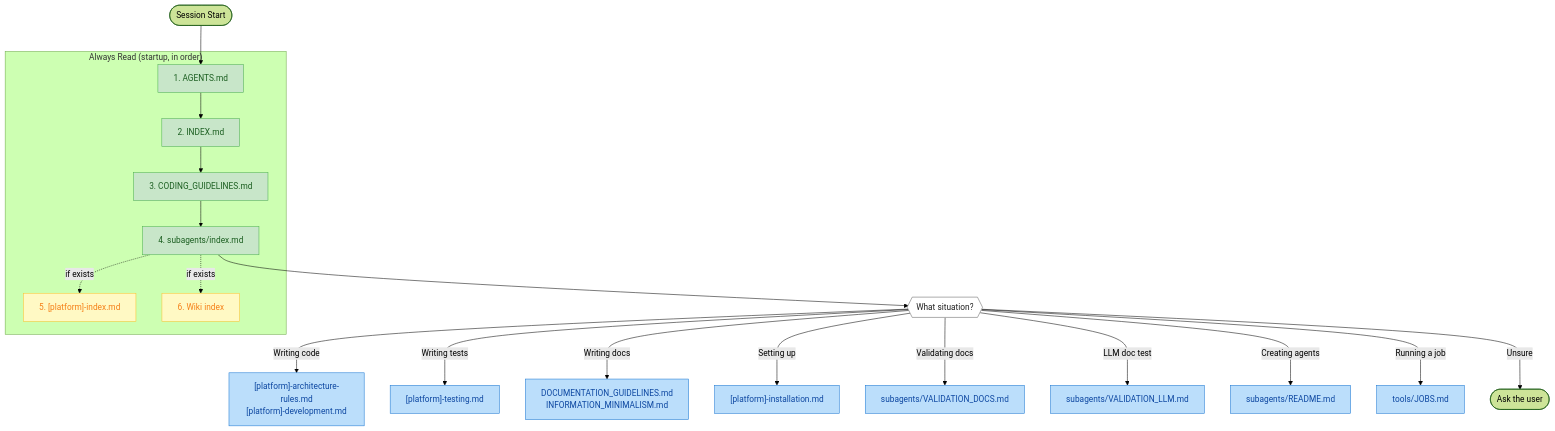
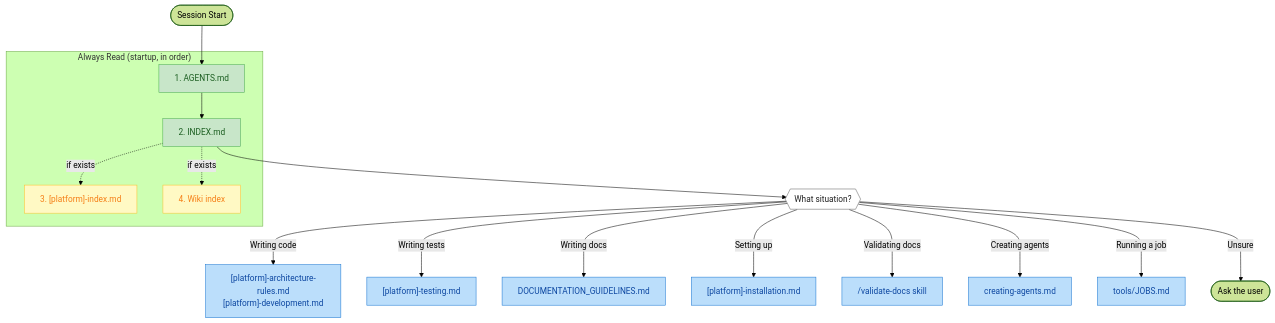
One commit to noskule/aiDocs changed the diagram in docs/README.md. Above: the diagram before and after it, drawn with Mermaid (forest theme). The commit also changed other lines of this file and 29 other files, not shown here.

````diff
--- a/docs/README.md
+++ b/docs/README.md
@@ -26,34 +23,31 @@
 ```mermaid
 flowchart TD
     START([Session Start]) --> M1
 
     subgraph startup ["Always Read (startup, in order)"]
         M1["1. AGENTS.md"] --> M2["2. INDEX.md"]
-        M2 --> M3["3. CODING_GUIDELINES.md"]
-        M3 --> M4["4. subagents/index.md"]
-        M4 -.->|if exists| M5["5. [platform]-index.md"]
-        M4 -.->|if exists| M6["6. Wiki index"]
+        M2 -.->|if exists| M3["3. [platform]-index.md"]
+        M2 -.->|if exists| M4["4. Wiki index"]
     end
 
-    M4 --> SIT{{"What situation?"}}
+    M2 --> SIT{{"What situation?"}}
 
     SIT -->|"Writing code"| CODE["[platform]-architecture-rules.md<br>[platform]-development.md"]
     SIT -->|"Writing tests"| TEST["[platform]-testing.md"]
-    SIT -->|"Writing docs"| DOCS["DOCUMENTATION_GUIDELINES.md<br>INFORMATION_MINIMALISM.md"]
+    SIT -->|"Writing docs"| DOCS["DOCUMENTATION_GUIDELINES.md"]
     SIT -->|"Setting up"| SETUP["[platform]-installation.md"]
-    SIT -->|"Validating docs"| VDOC["subagents/VALIDATION_DOCS.md"]
-    SIT -->|"LLM doc test"| VLLM["subagents/VALIDATION_LLM.md"]
-    SIT -->|"Creating agents"| AREADME["subagents/README.md"]
+    SIT -->|"Validating docs"| VDOC["/validate-docs skill"]
+    SIT -->|"Creating agents"| AREADME["creating-agents.md"]
     SIT -->|"Running a job"| JOBS["tools/JOBS.md"]
     SIT -->|"Unsure"| USER(["Ask the user"])
 
     classDef always fill:#c8e6c9,stroke:#4caf50,color:#1b5e20
     classDef optional fill:#fff9c4,stroke:#fbc02d,color:#f57f17
     classDef conditional fill:#bbdefb,stroke:#1976d2,color:#0d47a1
     classDef decision fill:#fff,stroke:#616161,color:#212121
 
-    class M1,M2,M3,M4 always
-    class M5,M6 optional
-    class CODE,TEST,DOCS,SETUP,VDOC,VLLM,AREADME,JOBS conditional
+    class M1,M2 always
+    class M3,M4 optional
+    class CODE,TEST,DOCS,SETUP,VDOC,AREADME,JOBS conditional
     class SIT decision
 ```
````
